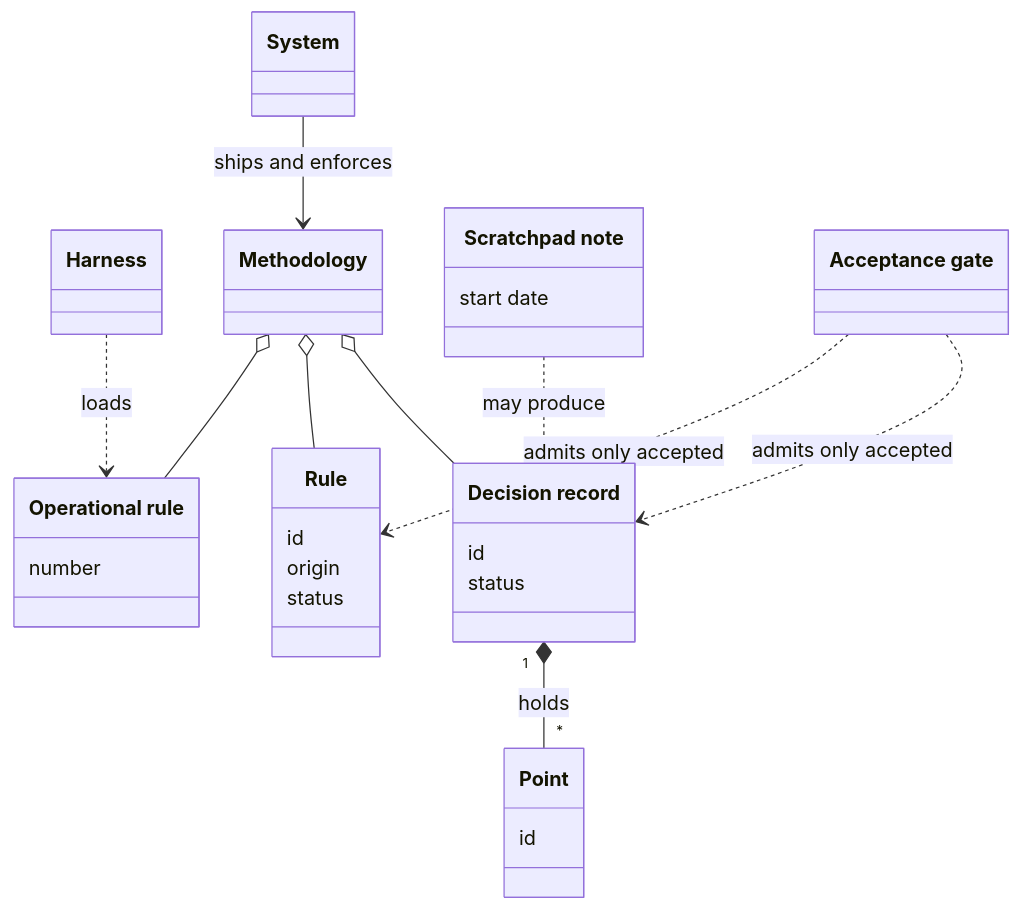
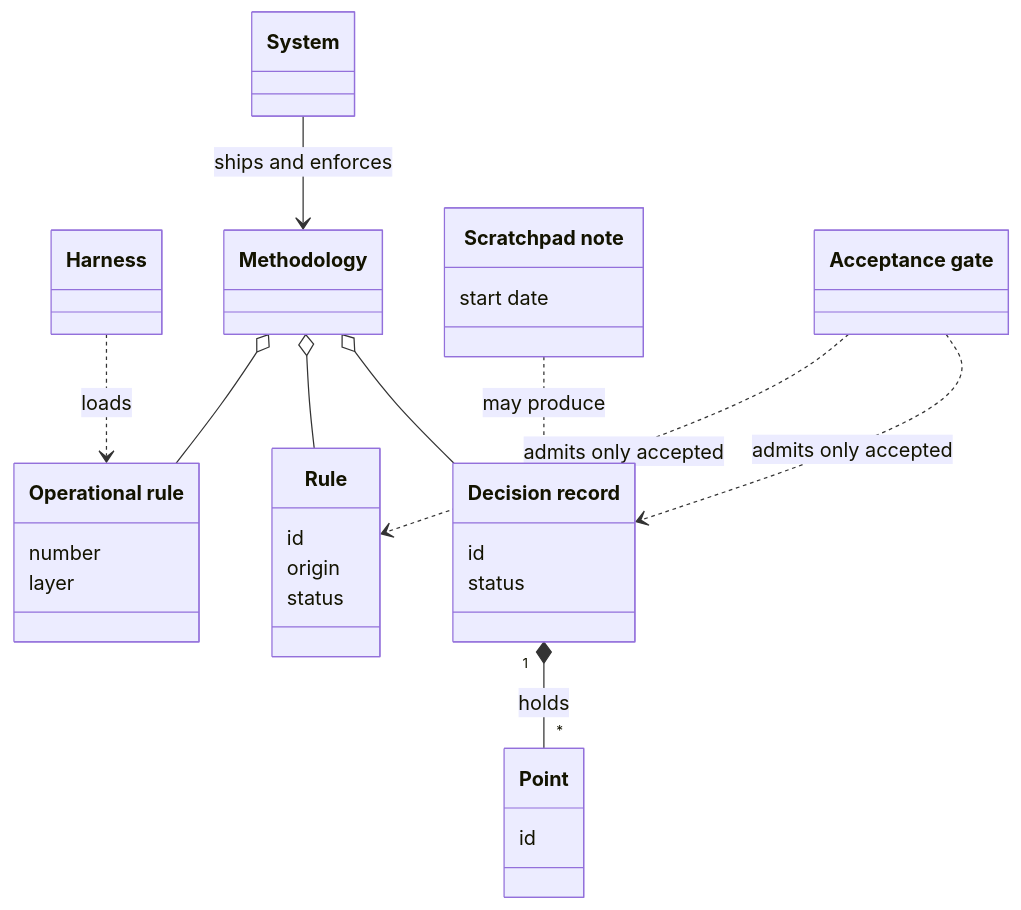
Before and after one commit to aleskalfas/project-kit: the first of 6 diagrams in tech-docs/analysis/core/domain-model/010-the-system-and-its-methodology.md, drawn with Mermaid. The commit also changed other lines of this file and 4 other files, not shown here.

First line of the commit message:
docs: the software analysis describes the capability layer of operational rules

````diff
--- a/tech-docs/analysis/core/domain-model/010-the-system-and-its-methodology.md
+++ b/tech-docs/analysis/core/domain-model/010-the-system-and-its-methodology.md
@@ -51,31 +56,32 @@
 ```mermaid
 classDiagram
   accTitle: The system and its methodology
-  accDescr: The system ships and enforces the methodology. The methodology is made of decision records, rules, operational rules and conventions. A decision record holds points. A scratchpad note may produce decision records. Work builds only on accepted decision records and rules, as the acceptance gate says. A harness loads the operational rules through its include.
+  accDescr: The system ships and enforces the methodology. The methodology is made of decision records, rules, operational rules and conventions. A decision record holds points. A scratchpad note may produce decision records. Work builds only on accepted decision records and rules, as the acceptance gate says. An operational rule has a layer: core's, an installed capability's or the project's. A harness loads the operational rules of every layer through its include.
   class System["System"]
   class Harness["Harness"]
   class Methodology["Methodology"]
   class DecisionRecord["Decision record"]
   DecisionRecord : id
   DecisionRecord : status
   class Point["Point"]
   Point : id
   class ScratchpadNote["Scratchpad note"]
   ScratchpadNote : start date
   class Rule["Rule"]
   Rule : id
   Rule : origin
   Rule : status
   class AcceptanceGate["Acceptance gate"]
   class OperationalRule["Operational rule"]
   OperationalRule : number
+  OperationalRule : layer
   System --> Methodology : ships and enforces
   Methodology o-- DecisionRecord
   Methodology o-- Rule
   Methodology o-- OperationalRule
   DecisionRecord "1" *-- "*" Point : holds
   ScratchpadNote ..> DecisionRecord : may produce
   AcceptanceGate ..> DecisionRecord : admits only accepted
   AcceptanceGate ..> Rule : admits only accepted
   Harness ..> OperationalRule : loads
 ```
````
